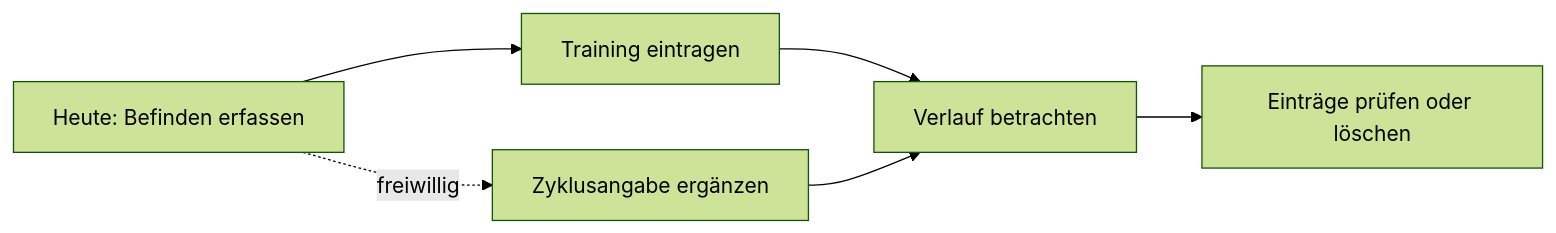
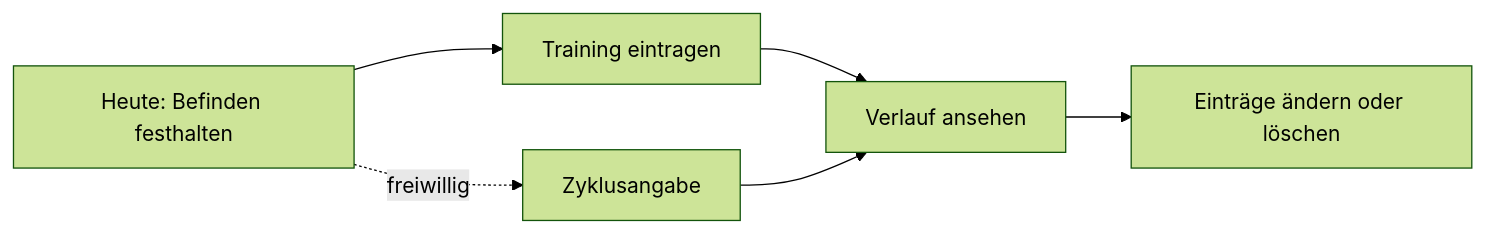
One commit to al3v4l3/cycle-activity-project changed the diagram in docs/03-pflichtenheft.md. Above: the diagram before and after it, drawn with Mermaid (forest theme). The commit also changed other lines of this file and 18 other files, not shown here.

````diff
--- a/docs/03-pflichtenheft.md
+++ b/docs/03-pflichtenheft.md
@@ -9,8 +7,8 @@
 ```mermaid
 flowchart LR
-  A[Heute: Befinden erfassen] --> B[Training eintragen]
-  B --> C[Verlauf betrachten]
-  C --> D[Einträge prüfen oder löschen]
-  A -. freiwillig .-> E[Zyklusangabe ergänzen]
-  E --> C
+    A[Heute: Befinden festhalten] --> B[Training eintragen]
+    B --> C[Verlauf ansehen]
+    C --> D[Einträge ändern oder löschen]
+    A -. freiwillig .-> E[Zyklusangabe]
+    E --> C
 ```
````
